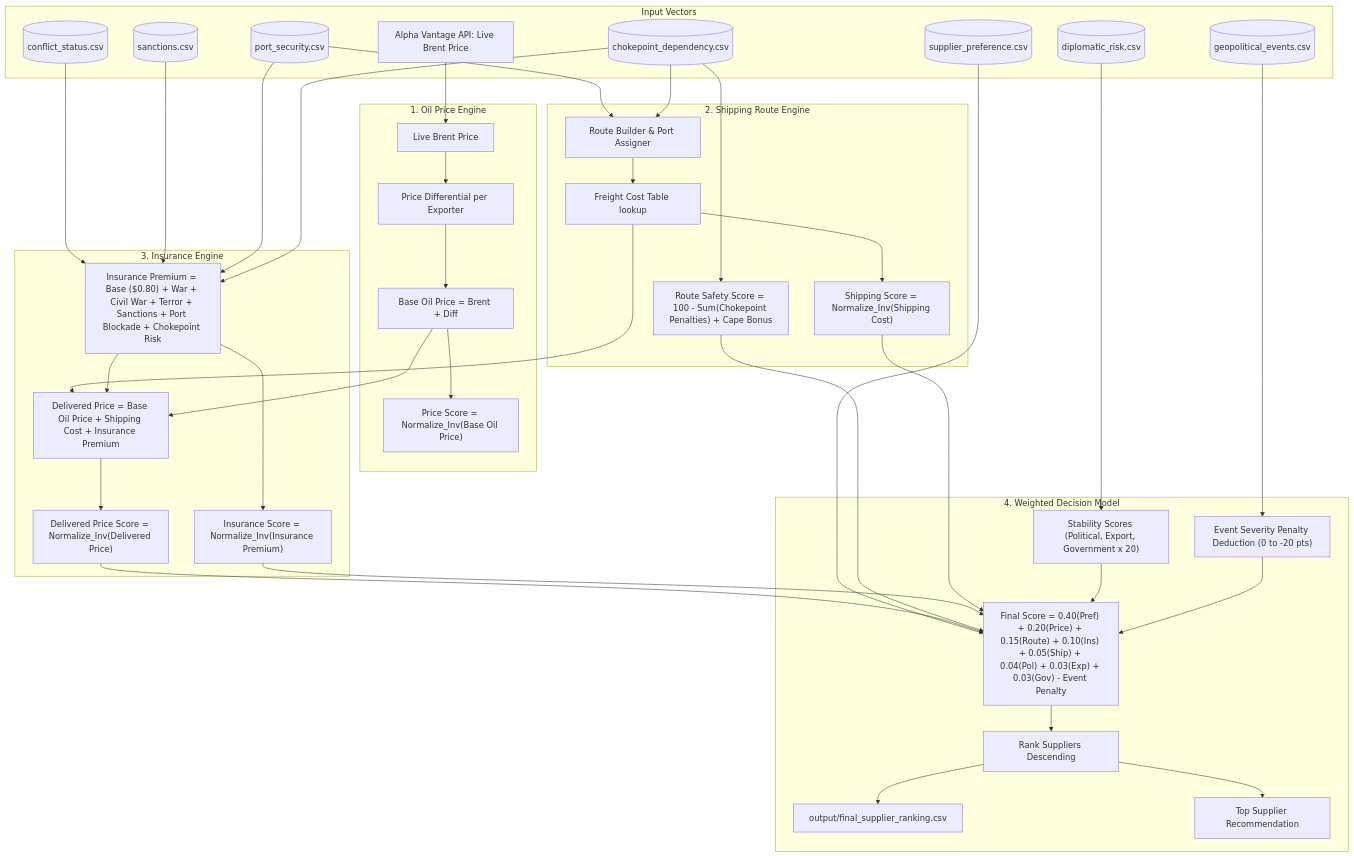
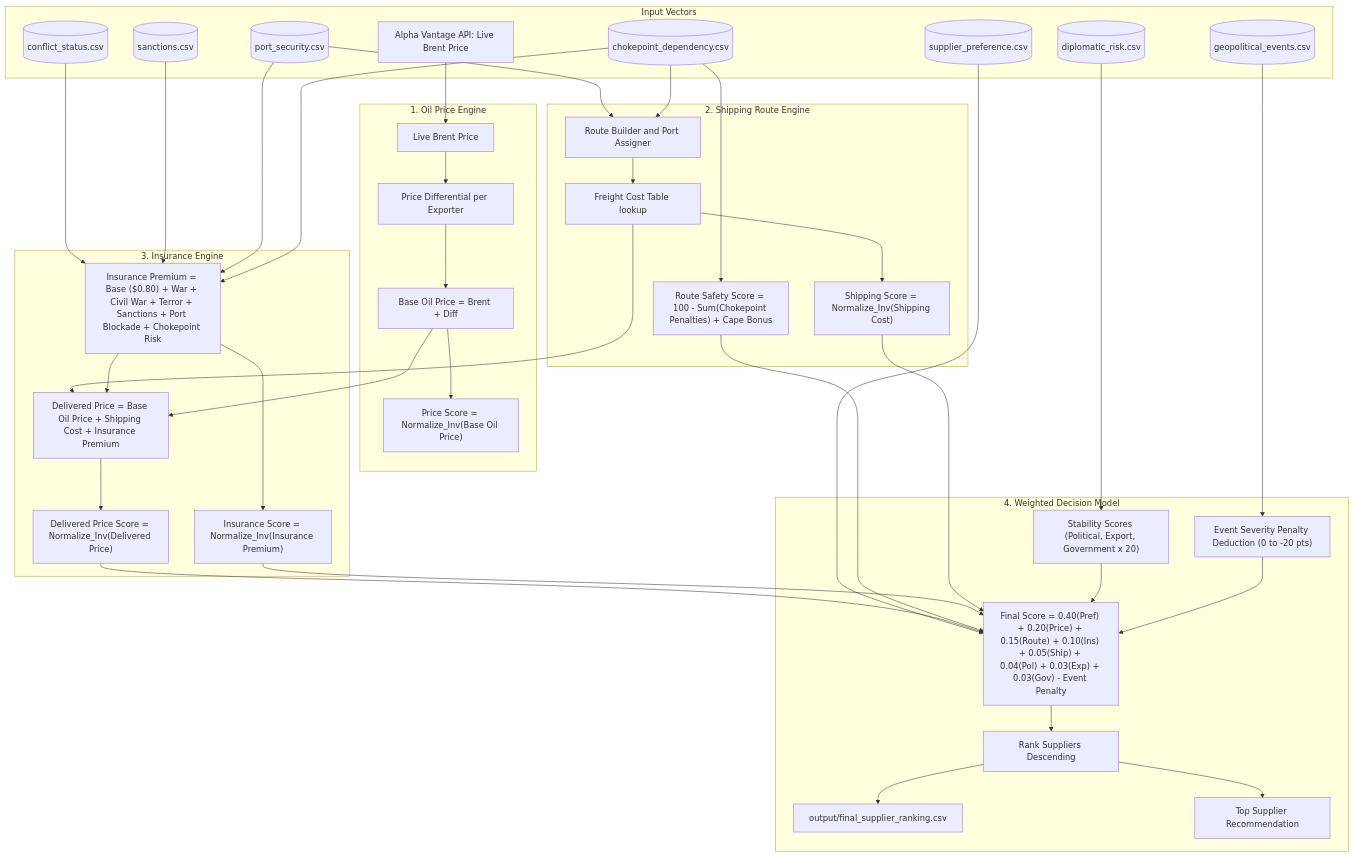
One commit to kajaredhruv433/AI-Driven-Energy-Supply-Chain-Resilience changed the fifth of 6 diagrams in ARCHITECTURE.md. Above: the diagram before and after it, drawn with Mermaid. The commit also changed other lines of this file and 1 other file, not shown here.

Commit message:
docs: comprehensive documentation update for README and ARCHITECTURE

````diff
--- a/ARCHITECTURE.md
+++ b/ARCHITECTURE.md
@@ -258,44 +325,44 @@
 ```mermaid
 flowchart TD
     subgraph Data_Inputs [Input Vectors]
         SP[(supplier_preference.csv)]
         PR[(port_security.csv)]
         CD[(chokepoint_dependency.csv)]
         CS[(conflict_status.csv)]
         SN[(sanctions.csv)]
         DP[(diplomatic_risk.csv)]
         EV[(geopolitical_events.csv)]
         AP[Alpha Vantage API: Live Brent Price]
     end
 
     subgraph Sub_Engine_1 [1. Oil Price Engine]
         AP --> BRENT[Live Brent Price]
         BRENT --> DIFF[Price Differential per Exporter]
         DIFF --> BOP["Base Oil Price = Brent + Diff"]
         BOP --> N_BOP["Price Score = Normalize_Inv(Base Oil Price)"]
     end
 
     subgraph Sub_Engine_2 [2. Shipping Route Engine]
-        PR & CD --> ROUTE[Route Builder & Port Assigner]
+        PR & CD --> ROUTE[Route Builder and Port Assigner]
         ROUTE --> FREIGHT[Freight Cost Table lookup]
         FREIGHT --> N_FRT["Shipping Score = Normalize_Inv(Shipping Cost)"]
         CD --> R_SAFE["Route Safety Score = 100 - Sum(Chokepoint Penalties) + Cape Bonus"]
     end
 
     subgraph Sub_Engine_3 [3. Insurance Engine]
         CS & SN & PR & CD --> INS_CALC["Insurance Premium = Base ($0.80) + War + Civil War + Terror + Sanctions + Port Blockade + Chokepoint Risk"]
         INS_CALC --> N_INS["Insurance Score = Normalize_Inv(Insurance Premium)"]
         BOP & FREIGHT & INS_CALC --> DELIV["Delivered Price = Base Oil Price + Shipping Cost + Insurance Premium"]
         DELIV --> N_DEL["Delivered Price Score = Normalize_Inv(Delivered Price)"]
     end
 
     subgraph Sub_Engine_4 [4. Weighted Decision Model]
         DP --> STAB["Stability Scores (Political, Export, Government x 20)"]
         EV --> EV_PEN["Event Severity Penalty Deduction (0 to -20 pts)"]
         
         SP & N_DEL & R_SAFE & N_INS & N_FRT & STAB & EV_PEN --> WEIGHT_CALC["Final Score = 0.40(Pref) + 0.20(Price) + 0.15(Route) + 0.10(Ins) + 0.05(Ship) + 0.04(Pol) + 0.03(Exp) + 0.03(Gov) - Event Penalty"]
         WEIGHT_CALC --> RANK[Rank Suppliers Descending]
         RANK --> OUT[output/final_supplier_ranking.csv]
         RANK --> TOP[Top Supplier Recommendation]
     end
 ```
````
